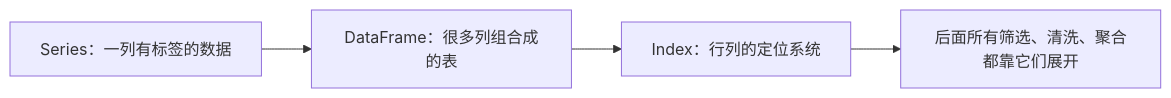
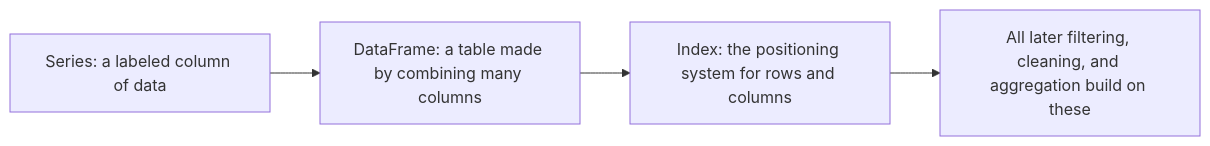
One commit to oudbiao/AI-fullstack-course changed the first of 3 diagrams in docs/ch03-data-analysis/ch03-pandas/01-core-structures.md. Above: the diagram before and after it, drawn with Mermaid. The commit also changed other lines of this file and 1406 other files, not shown here.

````diff
--- a/docs/ch03-data-analysis/ch03-pandas/01-core-structures.md
+++ b/docs/ch03-data-analysis/ch03-pandas/01-core-structures.md
@@ -41,6 +41,6 @@
 ```mermaid
 flowchart LR
-    A["Series：一列有标签的数据"] --> B["DataFrame：很多列组合成的表"]
-    B --> C["Index：行列的定位系统"]
-    C --> D["后面所有筛选、清洗、聚合都靠它们展开"]
+    A["Series: a labeled column of data"] --> B["DataFrame: a table made by combining many columns"]
+    B --> C["Index: the positioning system for rows and columns"]
+    C --> D["All later filtering, cleaning, and aggregation build on these"]
 ```
````
